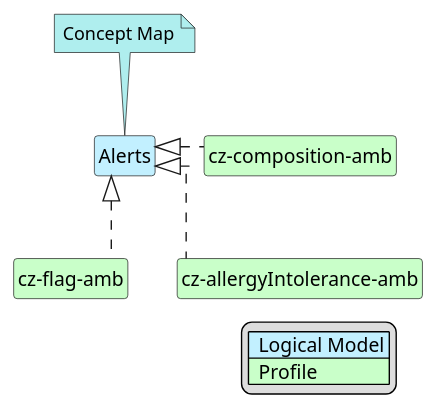
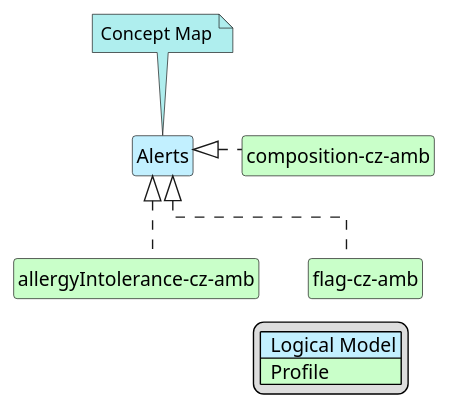
Before and after one commit to HL7-cz/amb: the diagram in input/images-source/Alerts-map.plantuml, drawn with PlantUML. The commit also changed 13 other files, not shown here.

```diff
--- a/input/images-source/Alerts-map.plantuml
+++ b/input/images-source/Alerts-map.plantuml
@@ -1,33 +1,33 @@
 @startuml Alerts-map
 hide circle
 hide stereotype
 hide members    
 hide methods
 skinparam linetype ortho
 skinparam class {
 BackgroundColor<<LogicalModel>> #APPLICATION
 BackgroundColor<<Profile>> #TECHNOLOGY
 }
 legend right
 | <#APPLICATION>  Logical Model |
 | <#TECHNOLOGY>  Profile |
 endlegend
 class "Alerts" <<LogicalModel>> [[StructureDefinition-AlertsCz.html]]
 note top #PaleTurquoise [[alerts2FHIR-cz-amb.html]]
 Concept Map
 endnote
 ' --- Profiles mapping Alerts ---
-class "cz-composition-amb" <<Profile>> [[StructureDefinition-cz-composition-amb.html]]
-class "cz-allergyIntolerance-amb" <<Profile>> [[StructureDefinition-cz-allergyIntolerance-amb.html]]
-class "cz-flag-amb" <<Profile>> [[StructureDefinition-cz-flag-amb.html]]
+class "composition-cz-amb" <<Profile>> [[StructureDefinition-cz-composition-amb.html]]
+class "allergyIntolerance-cz-amb" <<Profile>> [[StructureDefinition-cz-allergyIntolerance-amb.html]]
+class "flag-cz-amb" <<Profile>> [[StructureDefinition-cz-flag-amb.html]]
 
 ' --- Realization links ---
-"Alerts" <|. "cz-composition-amb"
-"Alerts" <|. "cz-allergyIntolerance-amb"
-"Alerts" <|. "cz-flag-amb"
+"Alerts" <|. "composition-cz-amb"
+"Alerts" <|. "allergyIntolerance-cz-amb"
+"Alerts" <|. "flag-cz-amb"
 
 ' ' (volitelné – skryté vazby jen pro rozložení v diagramu)
-"cz-allergyIntolerance-amb" -d[hidden]-> "cz-composition-amb"
-"cz-composition-amb" -d[hidden]-> "cz-allergyIntolerance-amb"
-"cz-composition-amb" -d[hidden]-> "cz-flag-amb"
+"Alerts" -d[hidden]-> "composition-cz-amb"
+"composition-cz-amb" -d[hidden]-> "allergyIntolerance-cz-amb"
+"composition-cz-amb" -d[hidden]-> "flag-cz-amb"
 @enduml
```
